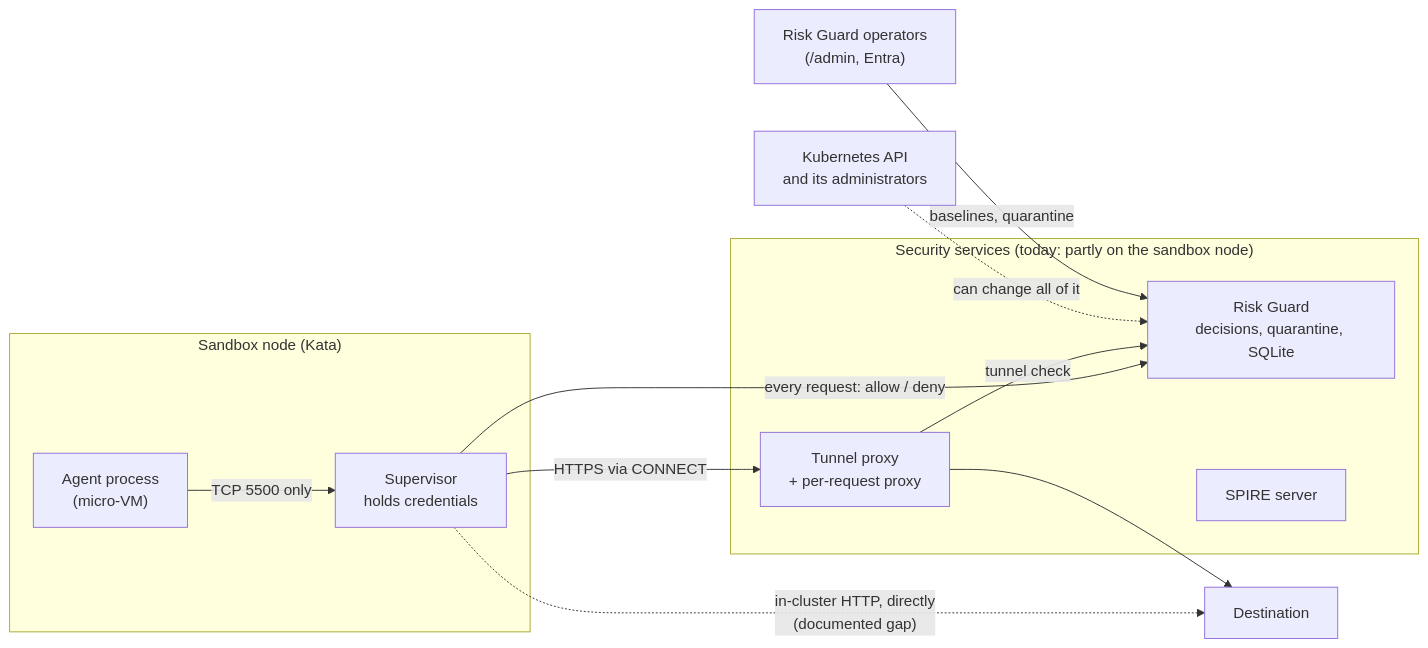
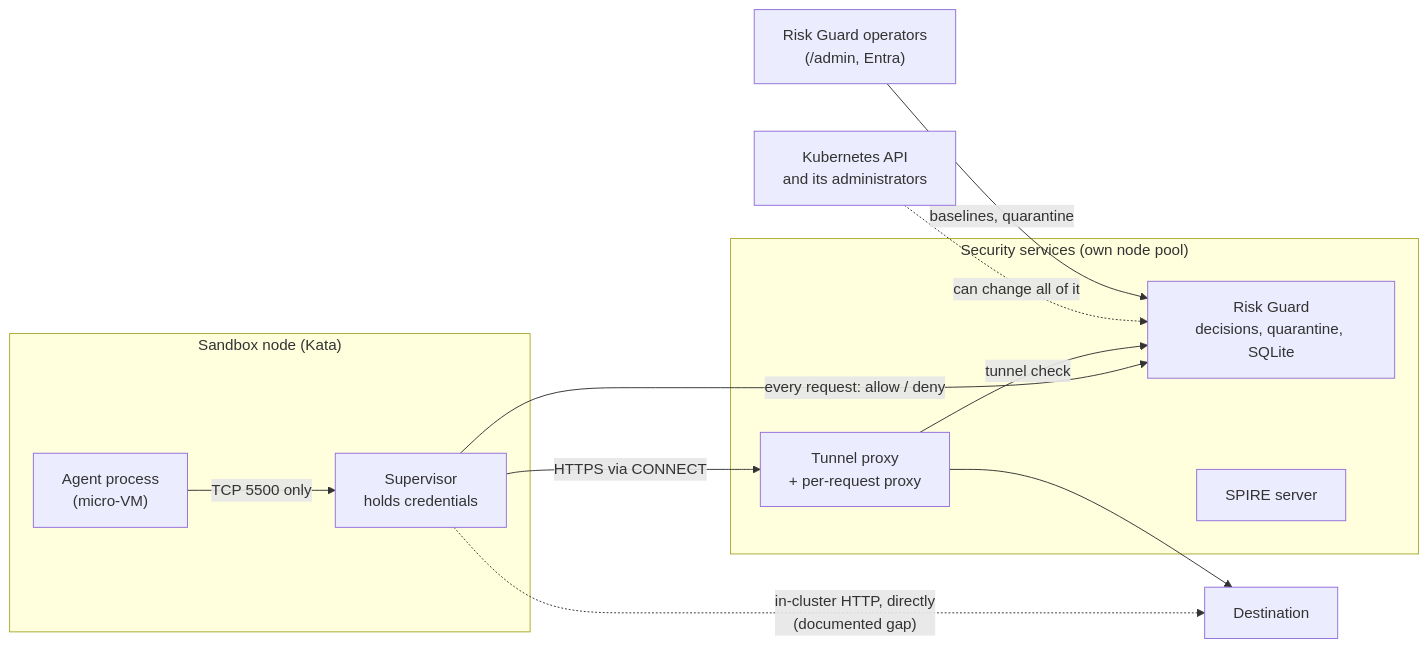
Before and after one commit to ChrisHanna/openshell-risk-guard: the diagram in docs/deployment-security.md, drawn with Mermaid. The commit also changed other lines of this file and 3 other files, not shown here.

````diff
--- a/docs/deployment-security.md
+++ b/docs/deployment-security.md
@@ -9,18 +9,18 @@
 ```mermaid
 flowchart LR
     subgraph sandbox_node["Sandbox node (Kata)"]
         A["Agent process<br/>(micro-VM)"] -- "TCP 5500 only" --> S["Supervisor<br/>holds credentials"]
     end
-    subgraph platform["Security services (today: partly on the sandbox node)"]
+    subgraph platform["Security services (own node pool)"]
         RG["Risk Guard<br/>decisions, quarantine, SQLite"]
         P["Tunnel proxy<br/>+ per-request proxy"]
         SP["SPIRE server"]
     end
     S -- "every request: allow / deny" --> RG
     S -- "HTTPS via CONNECT" --> P
     P -- "tunnel check" --> RG
     P --> D["Destination"]
     S -. "in-cluster HTTP, directly<br/>(documented gap)" .-> D
     K["Kubernetes API<br/>and its administrators"] -. "can change all of it" .-> RG
     O["Risk Guard operators<br/>(/admin, Entra)"] -- "baselines, quarantine" --> RG
 ```
````
